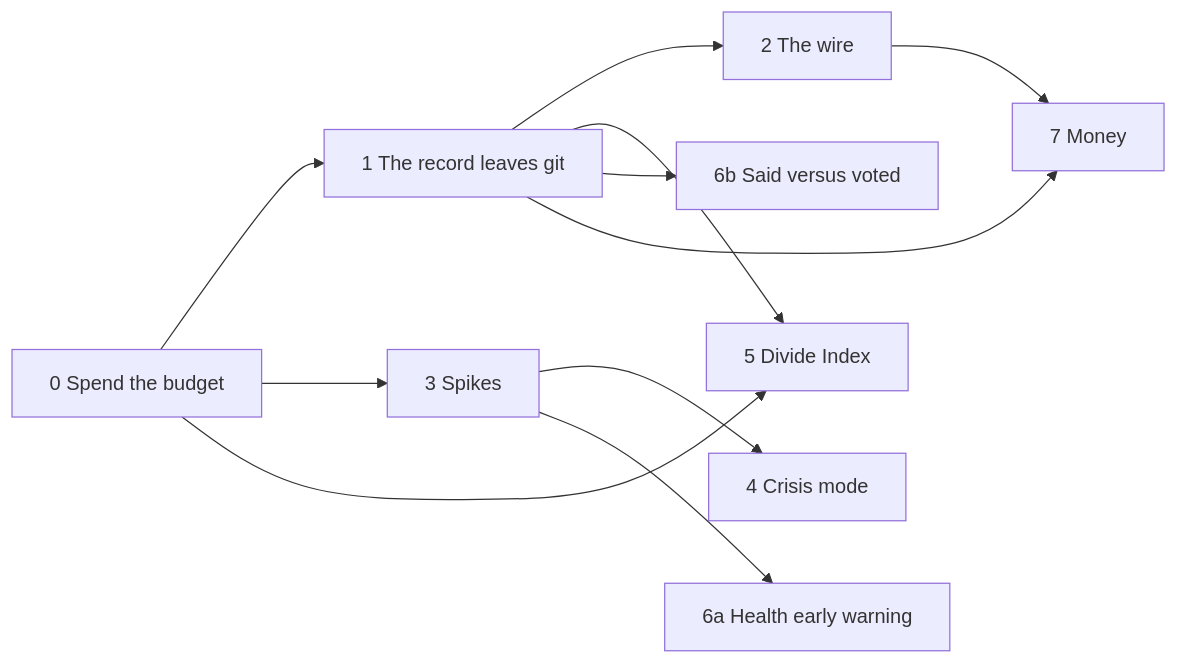
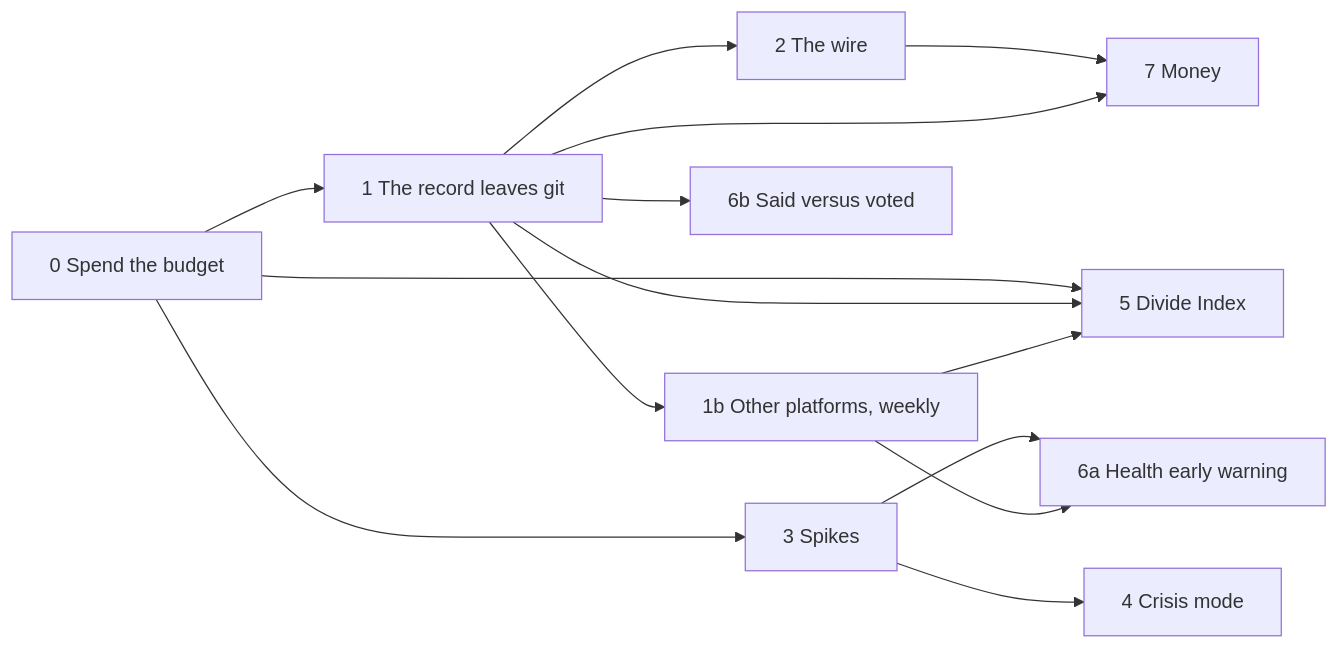
One commit to seansooch-byte/monitoring-the-situation changed the diagram in PROGRAM.md. Above: the diagram before and after it, drawn with Mermaid. The commit also changed other lines of this file and 2 other files, not shown here.

First line of the commit message:
program: phase 1b, the other platforms once a week; X stays the instrument

````diff
--- a/PROGRAM.md
+++ b/PROGRAM.md
@@ -77,13 +79,16 @@
 ```mermaid
 flowchart LR
   P0["0 Spend the budget"] --> P1["1 The record leaves git"]
   P0 --> P3["3 Spikes"]
   P1 --> P2["2 The wire"]
   P3 --> P4["4 Crisis mode"]
   P0 --> P5["5 Divide Index"]
   P1 --> P5
   P3 --> H["6a Health early warning"]
   P1 --> SV["6b Said versus voted"]
   P2 --> P7["7 Money"]
   P1 --> P7
+  P1 --> P1b["1b Other platforms, weekly"]
+  P1b --> P5
+  P1b --> H
 ```
````
